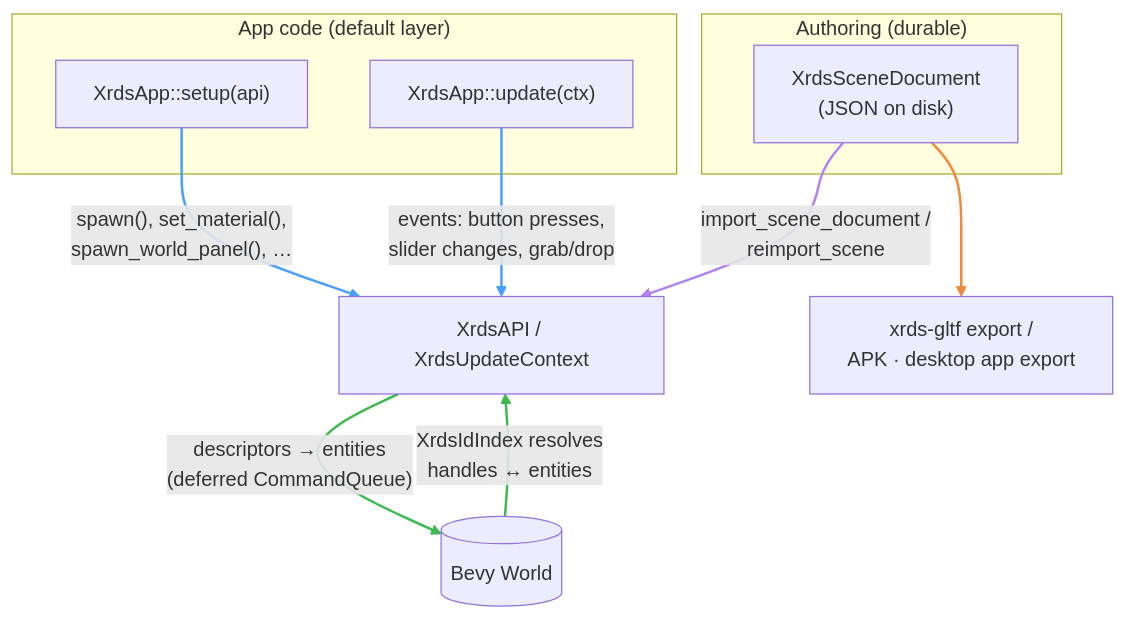
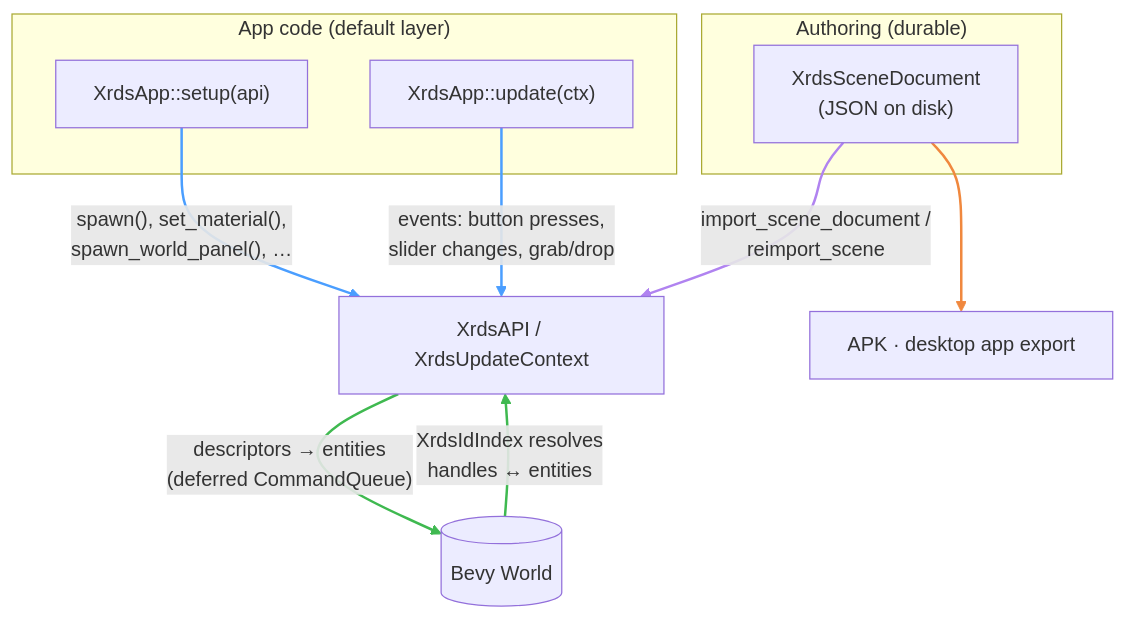
One commit to OpenXRDS/DeviceSDK changed the third of 4 diagrams in ARCHITECTURE.md. Above: the diagram before and after it, drawn with Mermaid. The commit also changed other lines of this file and 2 other files, not shown here.

First paragraph of the commit message:
docs: record the widget-template rework, and split two boxes that were wrong
Updates `docs/xrds-widget-template-plan.md` with what actually landed, including
the corrections — a plan that only records the plan is worth less than one that
records where the plan was wrong:

````diff
--- a/ARCHITECTURE.md
+++ b/ARCHITECTURE.md
@@ -105,32 +106,35 @@
 ```mermaid
 flowchart TB
     subgraph authoring["Authoring (durable)"]
         doc["XrdsSceneDocument<br/>(JSON on disk)"]
     end
 
     subgraph appcode["App code (default layer)"]
         setup["XrdsApp::setup(api)"]
         update["XrdsApp::update(ctx)"]
     end
 
     api["XrdsAPI / XrdsUpdateContext"]
     world[("Bevy World")]
 
     %% purple: document-first path
     doc -- "import_scene_document /<br/>reimport_scene" --> api
     %% blue: runtime-first path (app code)
     setup -- "spawn(), set_material(),<br/>spawn_world_panel(), …" --> api
     update -- "events: button presses,<br/>slider changes, grab/drop" --> api
     %% green: API ⇄ live world
     api -- "descriptors → entities<br/>(deferred CommandQueue)" --> world
     world -- "XrdsIdIndex resolves<br/>handles ↔ entities" --> api
 
     %% orange: export outputs
-    export["xrds-gltf export /<br/>APK · desktop app export"]
+    %% Deliberately no longer mentions xrds-gltf. The two were drawn in one box,
+    %% which implied a dependency that never existed: APK/app export only copies
+    %% existing .glb assets and rewrites asset_uri. Scene glTF export is retired.
+    export["APK · desktop app export"]
     doc --> export
 
     linkStyle 0 stroke:#b083f0,stroke-width:2px
     linkStyle 1,2 stroke:#4a9eff,stroke-width:2px
     linkStyle 3,4 stroke:#3fb950,stroke-width:2px
     linkStyle 5 stroke:#f0883e,stroke-width:2px
 ```
````
